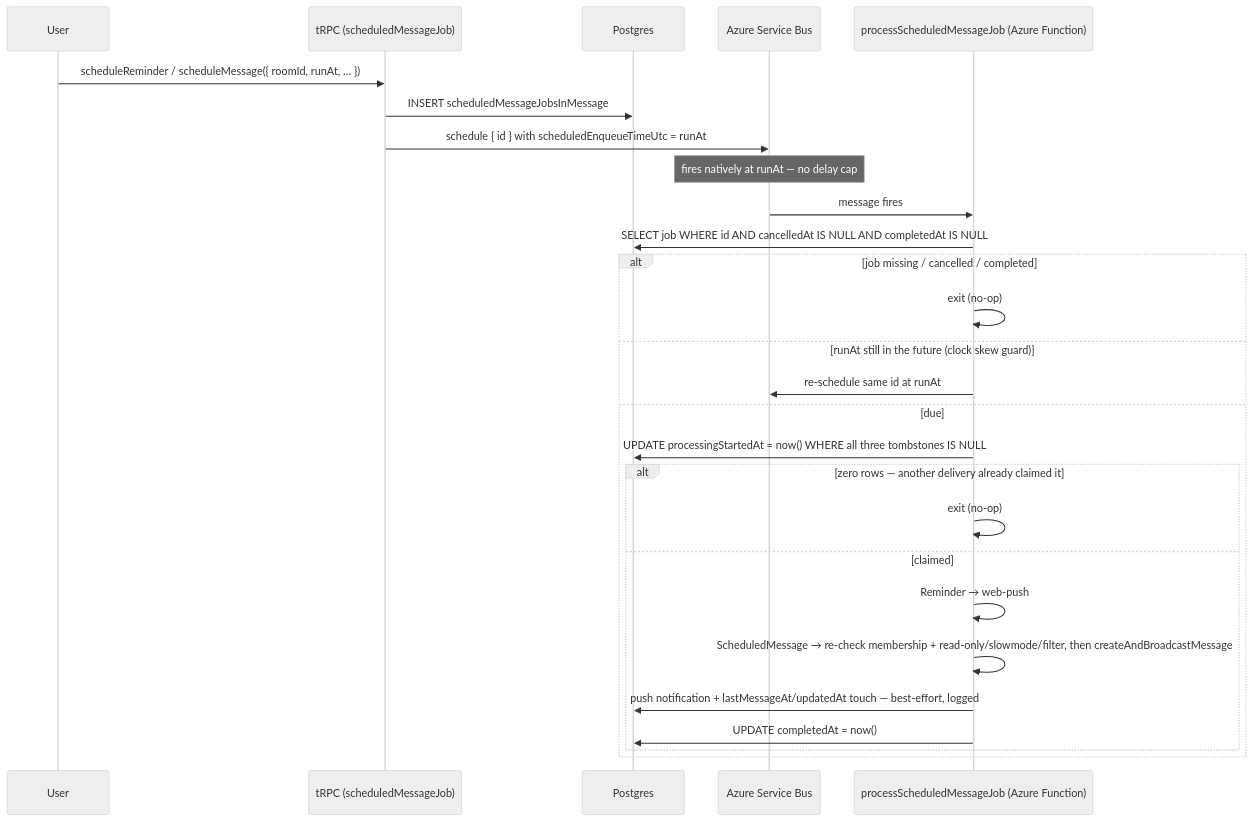
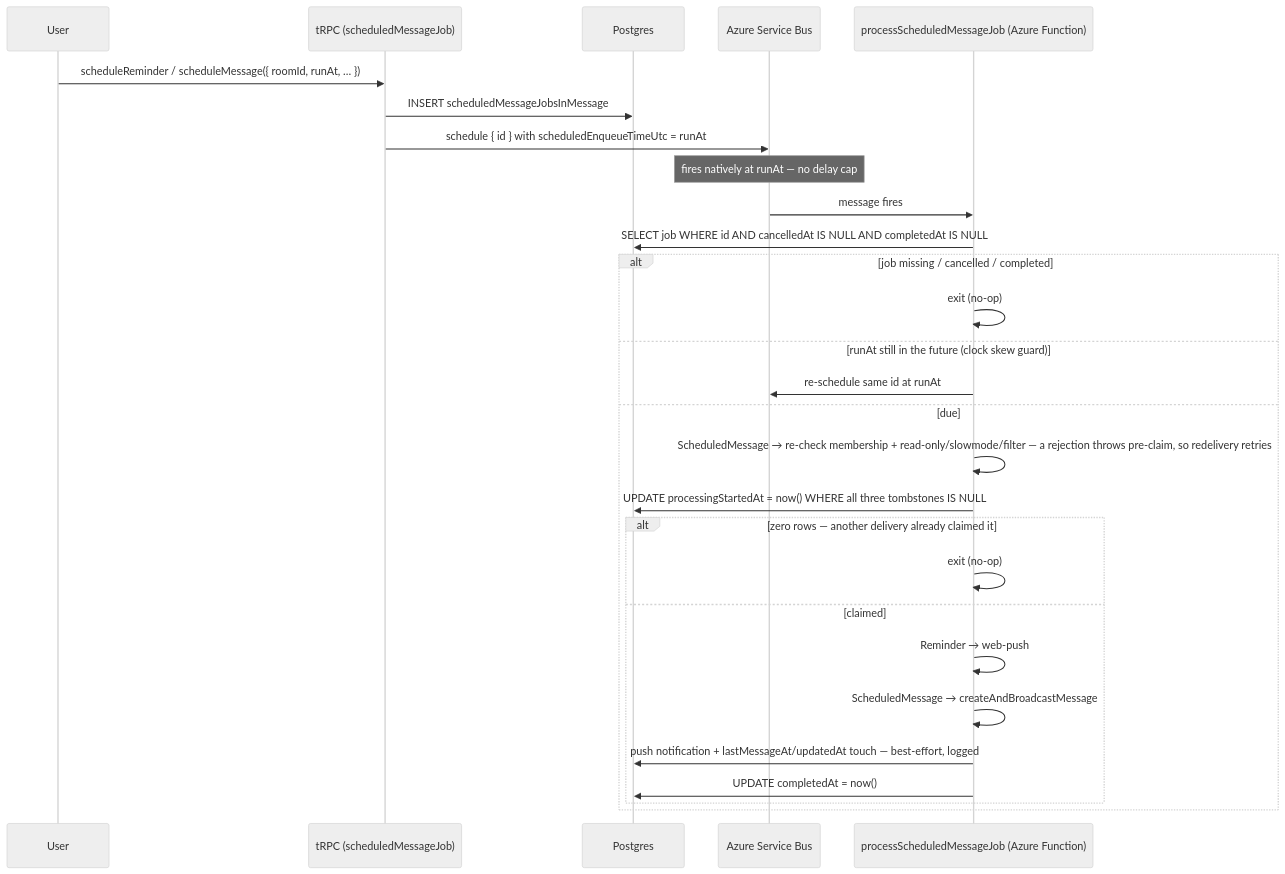
The diagram in packages/app/content/docs/esbabbler/scheduled-messages.md (Esposter/Esposter), drawn with Mermaid (neutral theme) before and after one commit. The commit also changed other lines of this file and 5 other files, not shown here.

````diff
--- a/packages/app/content/docs/esbabbler/scheduled-messages.md
+++ b/packages/app/content/docs/esbabbler/scheduled-messages.md
@@ -12,31 +12,32 @@
 ```mermaid
 sequenceDiagram
     participant U as User
     participant T as tRPC (scheduledMessageJob)
     participant DB as Postgres
     participant Q as Azure Service Bus
     participant F as processScheduledMessageJob (Azure Function)
 
     U->>T: scheduleReminder / scheduleMessage({ roomId, runAt, … })
     T->>DB: INSERT scheduledMessageJobsInMessage
     T->>Q: schedule { id } with scheduledEnqueueTimeUtc = runAt
     Note over Q: fires natively at runAt — no delay cap
 
     Q->>F: message fires
     F->>DB: SELECT job WHERE id AND cancelledAt IS NULL AND completedAt IS NULL
     alt job missing / cancelled / completed
         F->>F: exit (no-op)
     else runAt still in the future (clock skew guard)
         F->>Q: re-schedule same id at runAt
     else due
+        F->>F: ScheduledMessage → re-check membership + read-only/slowmode/filter — a rejection throws pre-claim, so redelivery retries
         F->>DB: UPDATE processingStartedAt = now() WHERE all three tombstones IS NULL
         alt zero rows — another delivery already claimed it
             F->>F: exit (no-op)
         else claimed
             F->>F: Reminder → web-push
-            F->>F: ScheduledMessage → re-check membership + read-only/slowmode/filter, then createAndBroadcastMessage
+            F->>F: ScheduledMessage → createAndBroadcastMessage
             F->>DB: push notification + lastMessageAt/updatedAt touch — best-effort, logged
             F->>DB: UPDATE completedAt = now()
         end
     end
 ```
````
